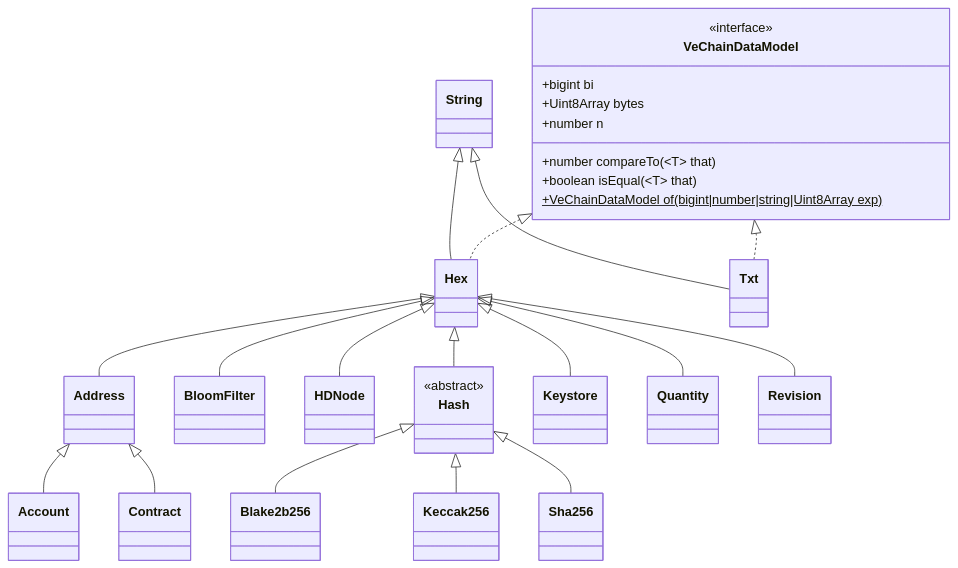
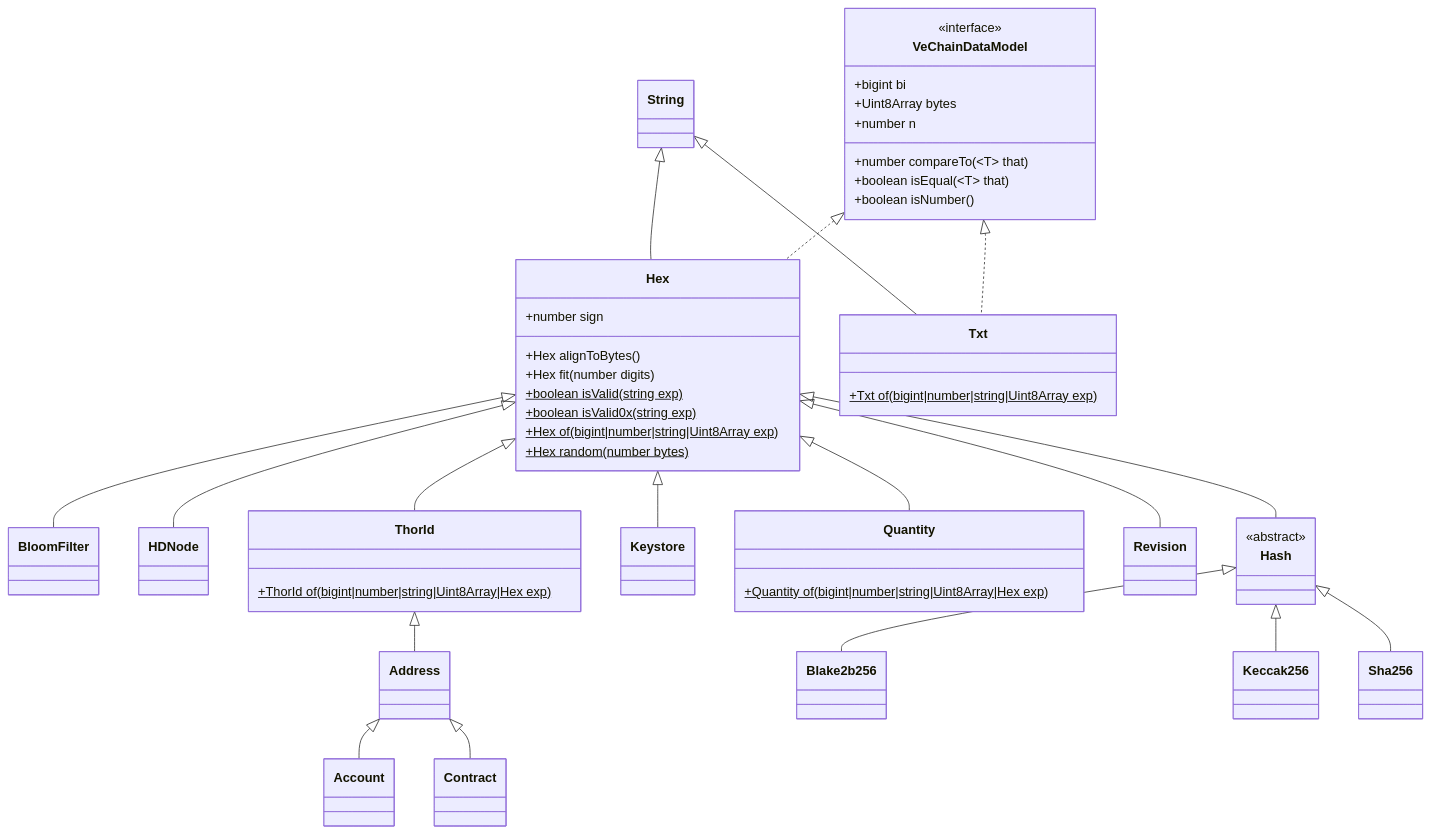
Before and after one commit to vechain/vechain-sdk-js: the diagram in docs/diagrams/architecture/vcdm.md, drawn with Mermaid. The commit also changed 90 other files, not shown here.

````diff
--- a/docs/diagrams/architecture/vcdm.md
+++ b/docs/diagrams/architecture/vcdm.md
@@ -1,46 +1,62 @@
 ```mermaid
 classDiagram
     class Account
     class Address
     class Blake2b256
     class BloomFilter
     class Contract
     class HDNode
     class Hash {
         <<abstract>>
     }
-    class Hex
+    class Hex {
+        +number sign
+        +Hex alignToBytes()
+        +Hex fit(number digits)
+        +boolean isValid(string exp)$
+        +boolean isValid0x(string exp)$
+        +Hex of(bigint|number|string|Uint8Array exp)$
+        +Hex random(number bytes)$
+    }
     class Keccak256 
     class Keystore
-    class Quantity
+    class Quantity {
+        +Quantity of(bigint|number|string|Uint8Array|Hex exp)$
+    }
     class Revision
     class Sha256
     class String
-    class Txt
+    class ThorId {
+        +ThorId of(bigint|number|string|Uint8Array|Hex exp)$
+    }
+    class Txt {
+        +Txt of(bigint|number|string|Uint8Array exp)$
+    }
     class String
     class VeChainDataModel{
         <<interface>>
       +bigint bi
       +Uint8Array bytes
       +number n
       +number compareTo(~T~ that)
       +boolean isEqual(~T~ that)
-      +VeChainDataModel of(bigint|number|string|Uint8Array exp)$
+      +boolean isNumber()
     }
     Address <|-- Account
     Address <|-- Contract
     Hash <|-- Blake2b256
     Hash <|-- Keccak256
     Hash <|-- Sha256
-    Hex <|-- Address
     Hex <|-- BloomFilter
     Hex <|-- HDNode
     Hex <|-- Hash
     Hex <|-- Keystore
     Hex <|-- Quantity
     Hex <|-- Revision
+    Hex <|-- ThorId
     String <|-- Hex
     String <|-- Txt
+    ThorId <|-- Address
     VeChainDataModel <|.. Hex
     VeChainDataModel <|.. Txt
 ```
````
